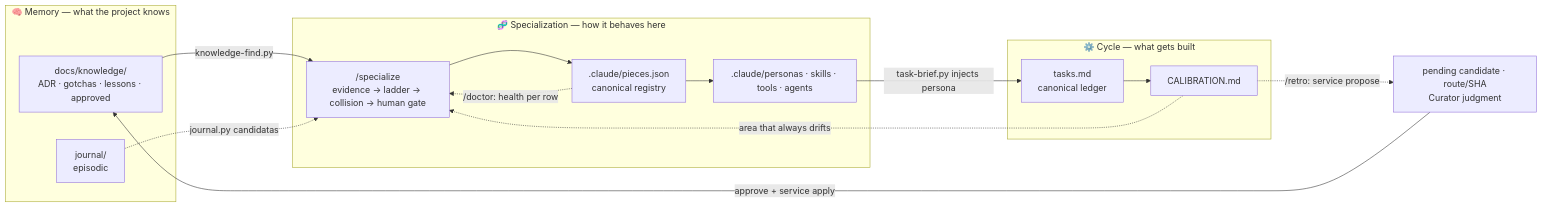
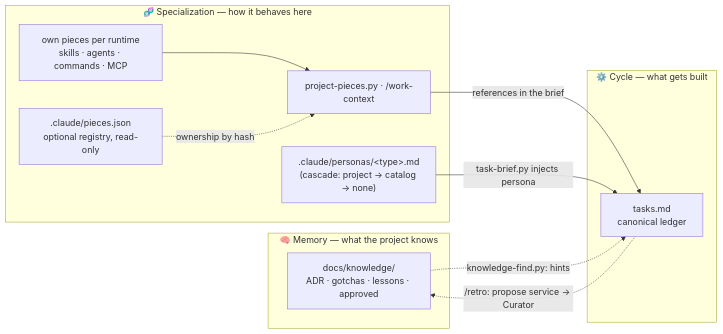
Before and after one commit to daycry/custom-agents: diagram 19 of 25 in docs/en/FLOWS.md, drawn with Mermaid. The commit also changed other lines of this file and 27 other files, not shown here.

First line of the commit message:
chore: close catalog-capabilities and project-specialization

````diff
--- a/docs/en/FLOWS.md
+++ b/docs/en/FLOWS.md
@@ -602,25 +601,21 @@
 ```mermaid
 flowchart LR
   subgraph MEM["🧠 Memory — what the project knows"]
     K["docs/knowledge/<br/>ADR · gotchas · lessons · approved"]
-    J["journal/<br/>episodic"]
   end
   subgraph ESP["🧬 Specialization — how it behaves here"]
-    SP["/specialize<br/>evidence → ladder → collision → human gate"]
-    REG[".claude/pieces.json<br/>canonical registry"]
-    PZ[".claude/personas · skills · tools · agents"]
+    PE[".claude/personas/&lt;type&gt;.md<br/>(cascade: project → catalog → none)"]
+    PZ["own pieces per runtime<br/>skills · agents · commands · MCP"]
+    REG[".claude/pieces.json<br/>optional registry, read-only"]
+    INV["project-pieces.py · /work-context"]
   end
   subgraph CIC["⚙️ Cycle — what gets built"]
     T["tasks.md<br/>canonical ledger"]
-    CAL["CALIBRATION.md"]
   end
-  K -->|"knowledge-find.py"| SP
-  J -.->|"journal.py candidatas"| SP
-  CAL -.->|"area that always drifts"| SP
-  SP --> REG --> PZ
-  PZ -->|"task-brief.py injects persona"| T
-  T --> CAL
-  CAL -.->|"/retro: service propose"| CP["pending candidate · route/SHA<br/>Curator judgment"]
-  CP -->|"approve + service apply"| K
-  REG -.->|"/doctor: health per row"| SP
+  PZ --> INV
+  REG -.->|"ownership by hash"| INV
+  INV -->|"references in the brief"| T
+  PE -->|"task-brief.py injects persona"| T
+  K -.->|"knowledge-find.py: hints"| T
+  T -.->|"/retro: propose service → Curator"| K
 ```
````
